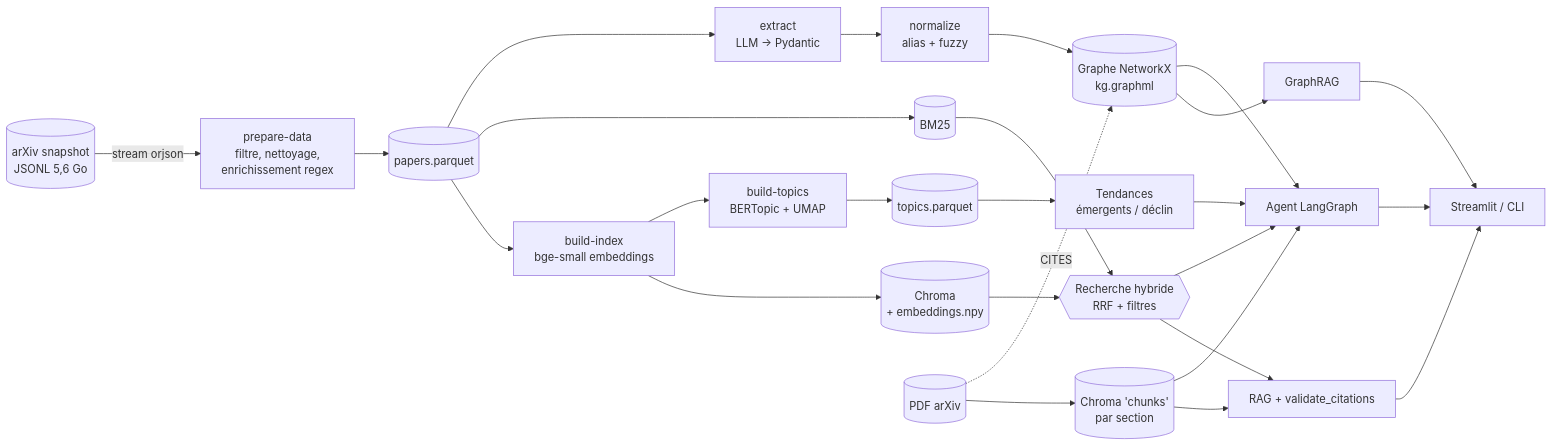
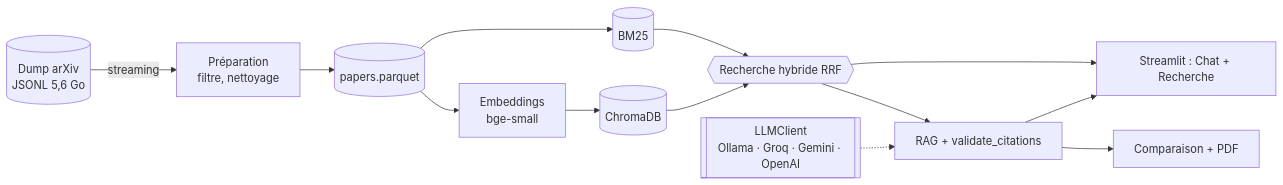
One commit to Sabbarso/agent-ai- changed the diagram in README.md. Above: the diagram before and after it, drawn with Mermaid. The commit also changed other lines of this file and 68 other files, not shown here.

Commit message:
Simplification du projet : recentrage sur recherche + RAG, conversations, rapport PDF

````diff
--- a/README.md
+++ b/README.md
@@ -23,21 +41,13 @@
 ```mermaid
 flowchart LR
-    A[(arXiv snapshot<br/>JSONL 5,6 Go)] -->|stream orjson| B[prepare-data<br/>filtre, nettoyage,<br/>enrichissement regex]
+    A[(Dump arXiv<br/>JSONL 5,6 Go)] -->|streaming| B[Préparation<br/>filtre, nettoyage]
     B --> P[(papers.parquet)]
-    P --> E[build-index<br/>bge-small embeddings]
-    E --> V[(Chroma<br/>+ embeddings.npy)]
+    P --> E[Embeddings<br/>bge-small]
+    E --> V[(ChromaDB)]
     P --> BM[(BM25)]
-    V & BM --> H{{Recherche hybride<br/>RRF + filtres}}
-    E --> T[build-topics<br/>BERTopic + UMAP]
-    T --> TR[(topics.parquet)] --> TD[Tendances<br/>émergents / déclin]
-    P --> X[extract<br/>LLM -> Pydantic]
-    X --> N[normalize<br/>alias + fuzzy]
-    N --> G[(Graphe NetworkX<br/>kg.graphml)]
-    PDF[(PDF arXiv)] --> C[(Chroma 'chunks'<br/>par section)]
-    PDF -. CITES .-> G
+    V & BM --> H{{Recherche hybride RRF}}
     H --> RAG[RAG + validate_citations]
-    C --> RAG
-    G --> GR[GraphRAG]
-    H & G & TD & C --> AG[Agent LangGraph]
-    RAG & GR & AG --> UI[Streamlit / CLI]
+    RAG --> CMP[Comparaison + PDF]
+    RAG & H --> UI[Streamlit : Chat + Recherche]
+    LLM[[LLMClient<br/>Ollama · Groq · Gemini · OpenAI]] -.-> RAG
 ```
````
